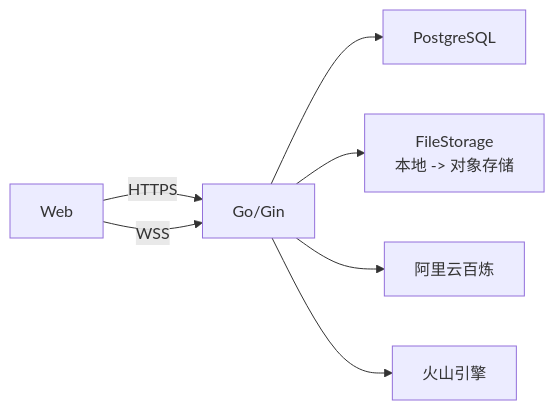
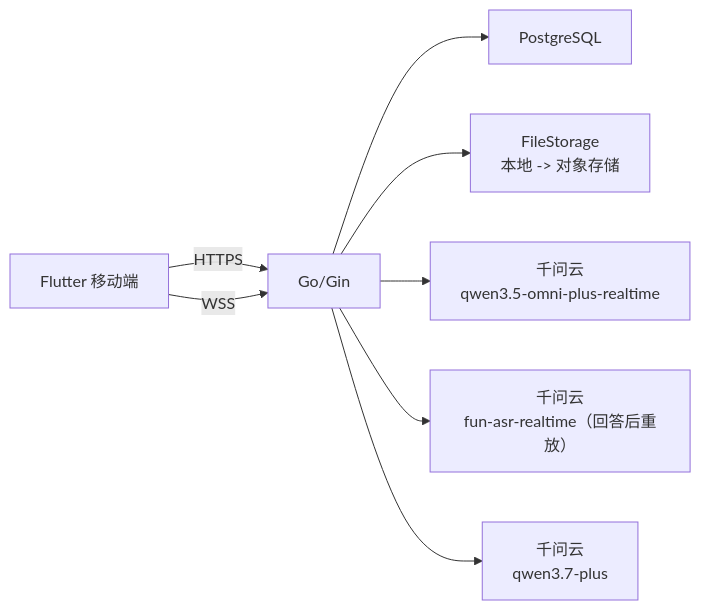
Diagram 12 of 12 in docs/superpowers/specs/2026-07-14-ms1-system-architecture-design.md (Lq0412/ai-en-coach), drawn with Mermaid before and after one commit. The commit also changed other lines of this file, not shown here.

First line of the commit message:
docs(architecture): 定稿 MS1 系统架构与技术选型

````diff
--- a/docs/superpowers/specs/2026-07-14-ms1-system-architecture-design.md
+++ b/docs/superpowers/specs/2026-07-14-ms1-system-architecture-design.md
@@ -581,9 +761,10 @@
 ```mermaid
 flowchart LR
-  Browser["Web"] -->|"HTTPS"| Go["Go/Gin"]
-  Browser -->|"WSS"| Go
+  Flutter["Flutter 移动端"] -->|"HTTPS"| Go["Go/Gin"]
+  Flutter -->|"WSS"| Go
   Go --> Postgres["PostgreSQL"]
   Go --> Storage["FileStorage\n本地 -> 对象存储"]
-  Go --> Alibaba["阿里云百炼"]
-  Go --> Volcano["火山引擎"]
+  Go --> Realtime["千问云\nqwen3.5-omni-plus-realtime"]
+  Go --> ASR["千问云\nfun-asr-realtime（回答后重放）"]
+  Go --> Text["千问云\nqwen3.7-plus"]
 ```
````
